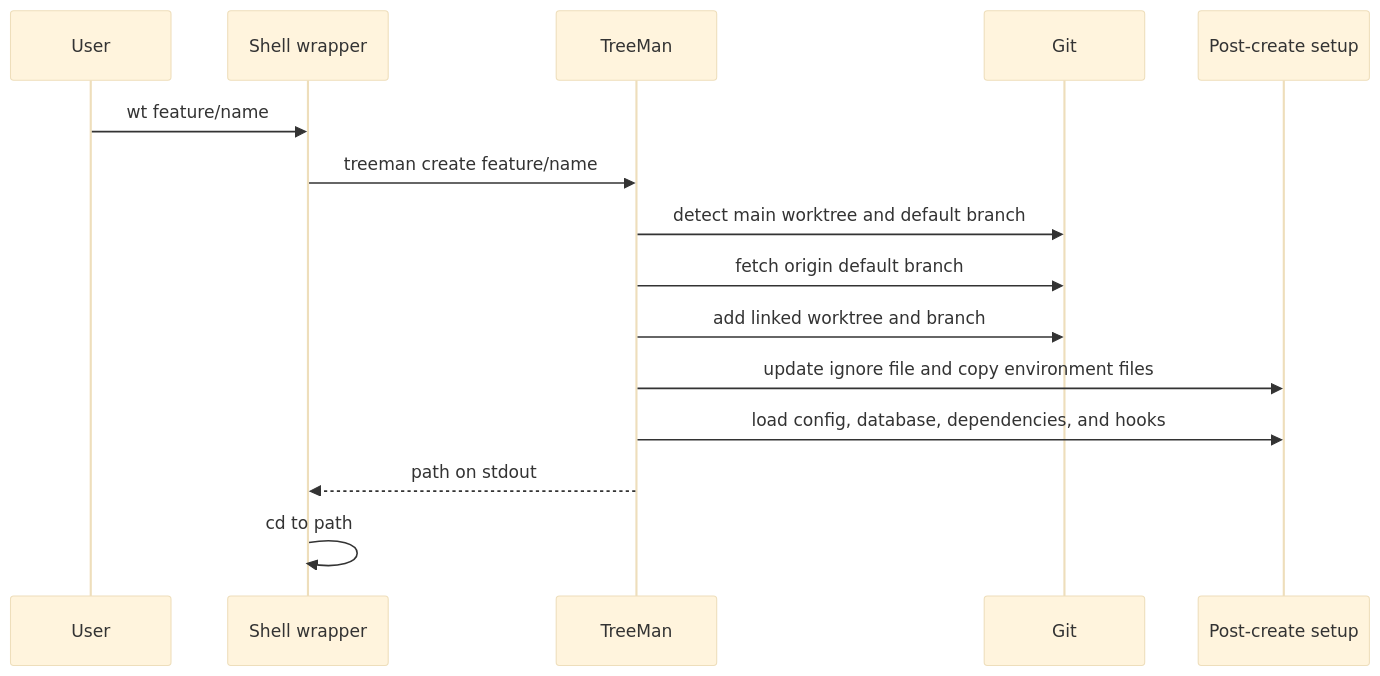
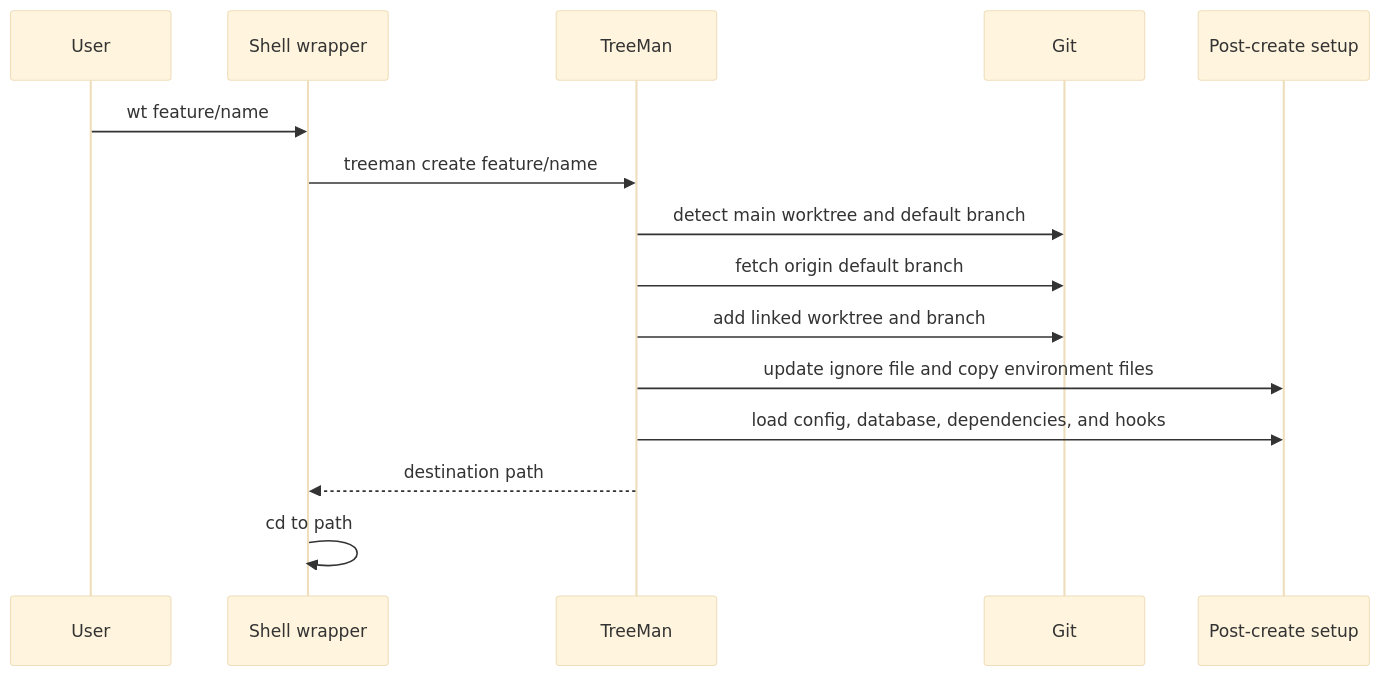
Before and after one commit to shoutcape/TreeMan: the first of 4 diagrams in docs/architecture/lifecycles.md, drawn with Mermaid (base theme). The commit also changed other lines of this file and 25 other files, not shown here.

````diff
--- a/docs/architecture/lifecycles.md
+++ b/docs/architecture/lifecycles.md
@@ -5,17 +5,17 @@
 ```mermaid
 sequenceDiagram
     participant User
     participant Shell as Shell wrapper
     participant CLI as TreeMan
     participant Git
     participant Setup as Post-create setup
     User->>Shell: wt feature/name
     Shell->>CLI: treeman create feature/name
     CLI->>Git: detect main worktree and default branch
     CLI->>Git: fetch origin default branch
     CLI->>Git: add linked worktree and branch
     CLI->>Setup: update ignore file and copy environment files
     CLI->>Setup: load config, database, dependencies, and hooks
-    CLI-->>Shell: path on stdout
+    CLI-->>Shell: destination path
     Shell->>Shell: cd to path
 ```
````
